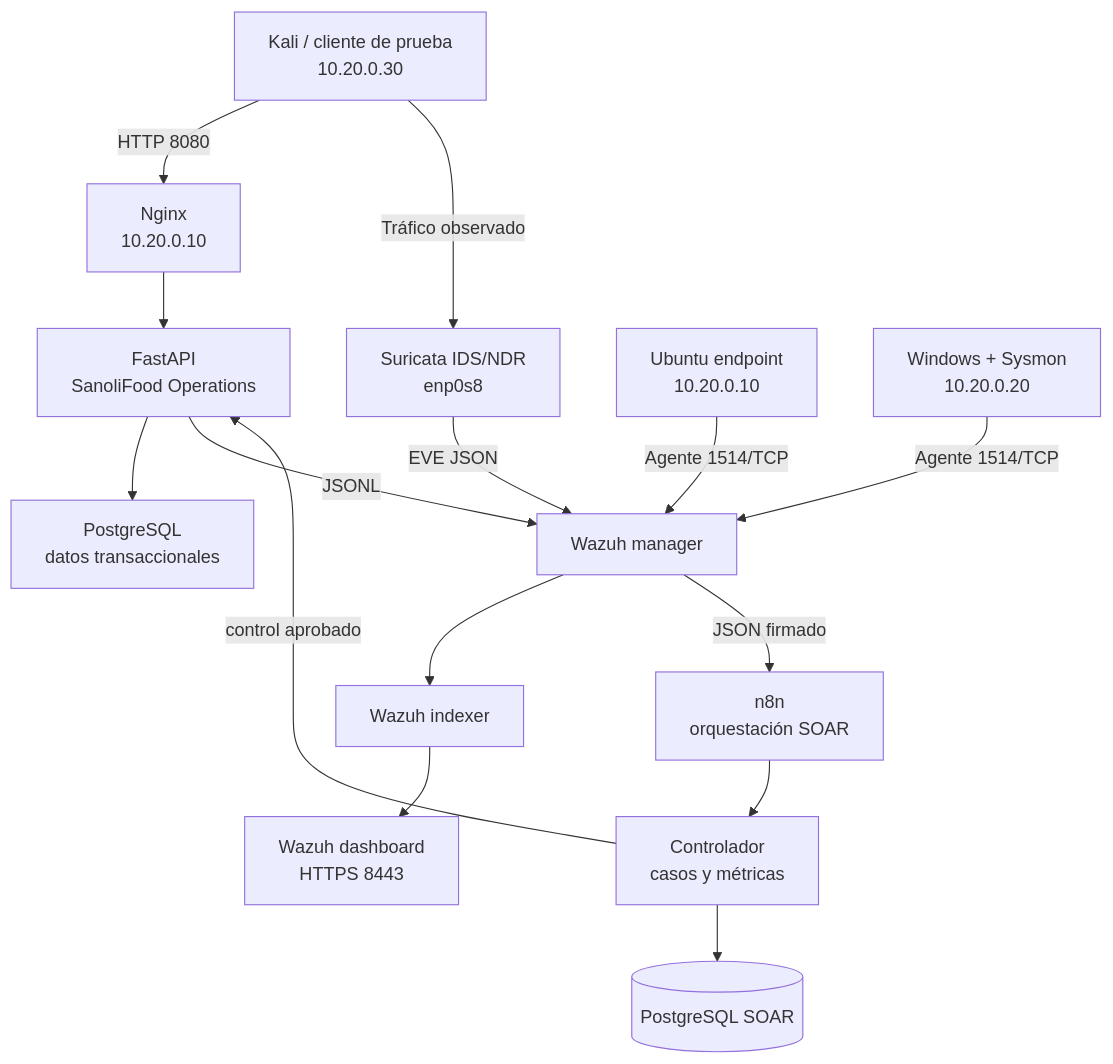
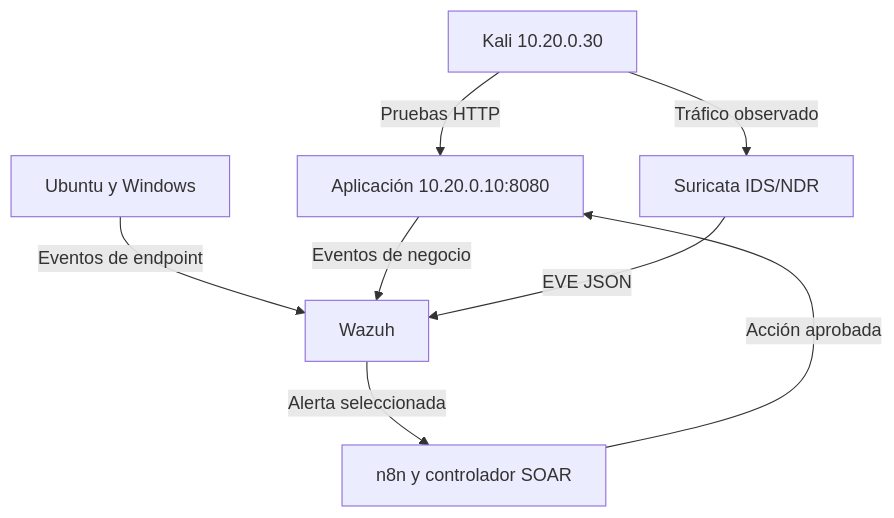
The diagram in README.md (Jocarsoli2001/sanolifood-soc), drawn with Mermaid before and after one commit. The commit also changed other lines of this file, not shown here.

````diff
--- a/README.md
+++ b/README.md
@@ -68,17 +48,10 @@
 ```mermaid
 flowchart TD
-    C["Kali / cliente de prueba<br/>10.20.0.30"] -->|HTTP 8080| N["Nginx<br/>10.20.0.10"]
-    C -->|Tráfico observado| S["Suricata IDS/NDR<br/>enp0s8"]
-    N --> A["FastAPI<br/>SanoliFood Operations"]
-    A --> P["PostgreSQL<br/>datos transaccionales"]
-    A -->|JSONL| W["Wazuh manager"]
-    S -->|EVE JSON| W
-    U["Ubuntu endpoint<br/>10.20.0.10"] -->|Agente 1514/TCP| W
-    X["Windows + Sysmon<br/>10.20.0.20"] -->|Agente 1514/TCP| W
-    W --> I["Wazuh indexer"]
-    I --> D["Wazuh dashboard<br/>HTTPS 8443"]
-    W -->|"JSON firmado"| O["n8n<br/>orquestación SOAR"]
-    O --> R["Controlador<br/>casos y métricas"]
-    R -->|"control aprobado"| A
-    R --> Q[("PostgreSQL SOAR")]
+    K["Kali 10.20.0.30"] -->|"Pruebas HTTP"| A["Aplicación 10.20.0.10:8080"]
+    K -->|"Tráfico observado"| S["Suricata IDS/NDR"]
+    E["Ubuntu y Windows"] -->|"Eventos de endpoint"| W["Wazuh"]
+    A -->|"Eventos de negocio"| W
+    S -->|"EVE JSON"| W
+    W -->|"Alerta seleccionada"| N["n8n y controlador SOAR"]
+    N -->|"Acción aprobada"| A
 ```
````
